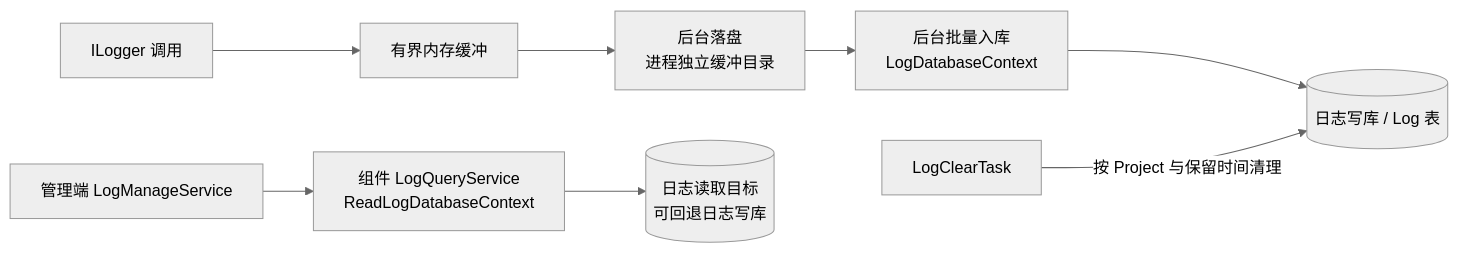
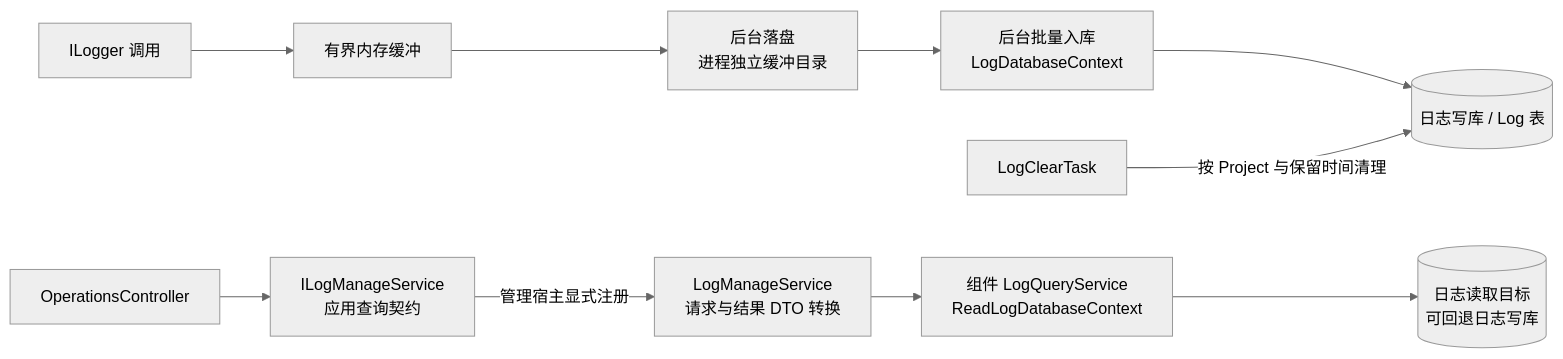
Before and after one commit to dashiell-zhang/NetEngine: the eighth of 12 diagrams in Docs/ArchitectureDiagrams.md, drawn with Mermaid (neutral theme). The commit also changed other lines of this file and 93 other files, not shown here.

````diff
--- a/Docs/ArchitectureDiagrams.md
+++ b/Docs/ArchitectureDiagrams.md
@@ -217,10 +222,12 @@
 ```mermaid
 flowchart LR
     Logging["ILogger 调用"] --> Buffer["有界内存缓冲"]
     Buffer --> Spool["后台落盘<br/>进程独立缓冲目录"]
     Spool --> Writer["后台批量入库<br/>LogDatabaseContext"]
     Writer --> LogDb[("日志写库 / Log 表")]
-    Admin["管理端 LogManageService"] --> Query["组件 LogQueryService<br/>ReadLogDatabaseContext"]
+    Admin["OperationsController"] --> Contract["ILogManageService<br/>应用查询契约"]
+    Contract -->|管理宿主显式注册| Service["LogManageService<br/>请求与结果 DTO 转换"]
+    Service --> Query["组件 LogQueryService<br/>ReadLogDatabaseContext"]
     Query --> ReadDb[("日志读取目标<br/>可回退日志写库")]
     Clear["LogClearTask"] -->|按 Project 与保留时间清理| LogDb
 ```
````
